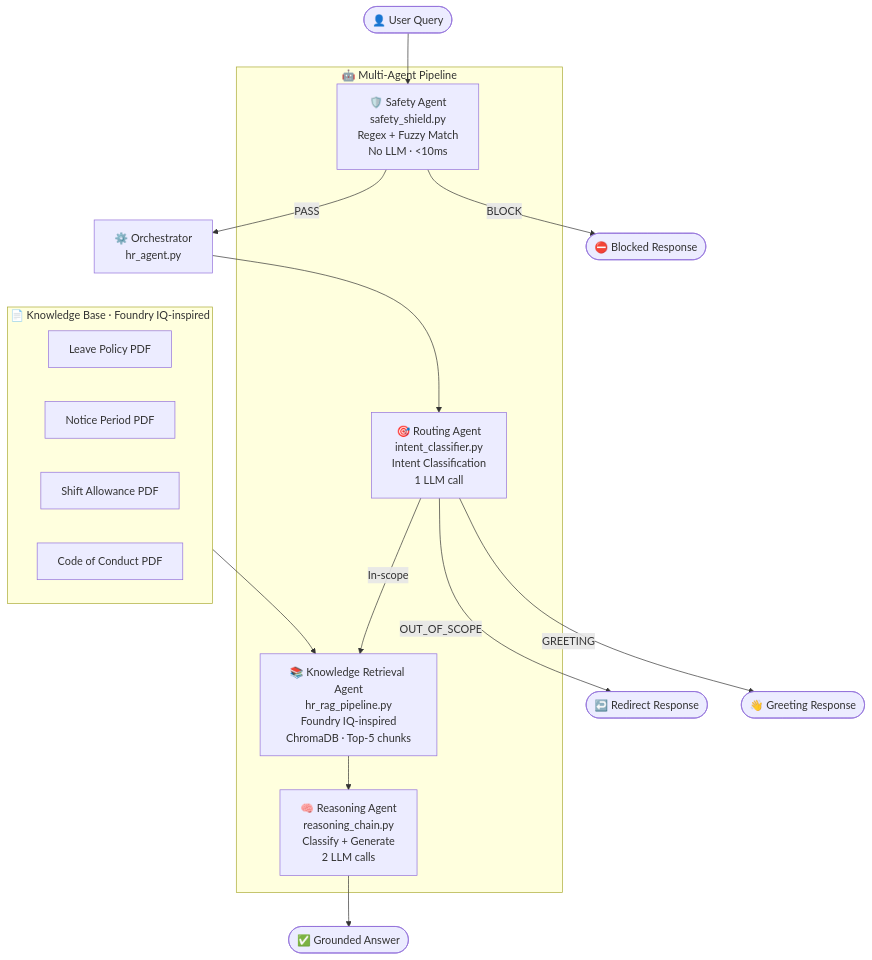
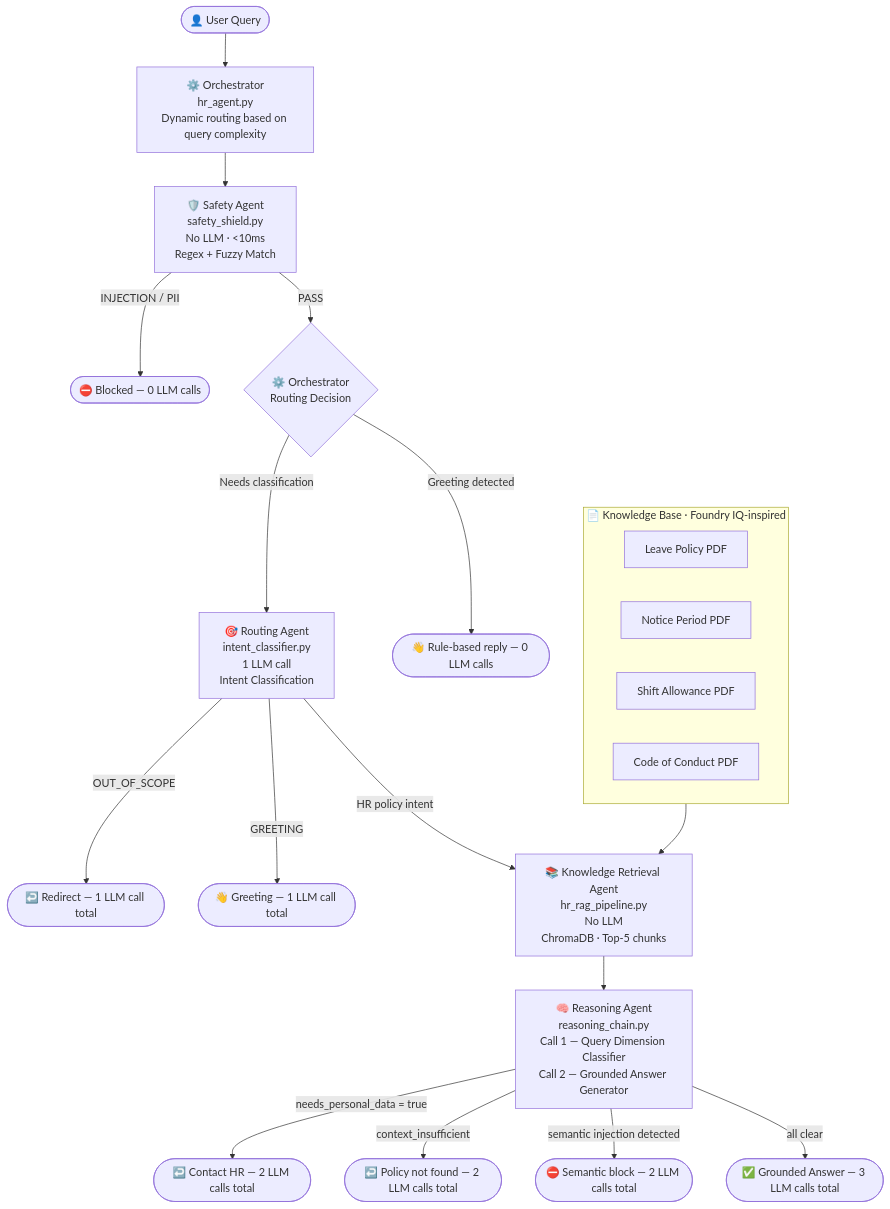
The diagram in README.md (swasti16/hr-agent-hackathon), drawn with Mermaid before and after one commit. The commit also changed other lines of this file and 6 other files, not shown here.

````diff
--- a/README.md
+++ b/README.md
@@ -20,31 +20,42 @@
 ```mermaid
 flowchart TD
-    U([👤 User Query]) --> SA
+    U([👤 User Query]) --> ORC
 
-    subgraph Agents["🤖 Multi-Agent Pipeline"]
-        SA["🛡️ Safety Agent\nsafety_shield.py\nRegex + Fuzzy Match\nNo LLM · <10ms"]
-        RA["🎯 Routing Agent\nintent_classifier.py\nIntent Classification\n1 LLM call"]
-        KA["📚 Knowledge Retrieval Agent\nhr_rag_pipeline.py\nFoundry IQ-inspired\nChromaDB · Top-5 chunks"]
-        RCA["🧠 Reasoning Agent\nreasoning_chain.py\nClassify + Generate\n2 LLM calls"]
-    end
+    ORC["⚙️ Orchestrator\nhr_agent.py\nDynamic routing based on query complexity"]
 
-    ORC["⚙️ Orchestrator\nhr_agent.py"]
+    ORC --> SA
+    SA["🛡️ Safety Agent\nsafety_shield.py\nNo LLM · <10ms\nRegex + Fuzzy Match"]
 
-    SA -->|PASS| ORC
-    SA -->|BLOCK| BLK([⛔ Blocked Response])
-    ORC --> RA
-    RA -->|OUT_OF_SCOPE| OOS([↩️ Redirect Response])
-    RA -->|GREETING| GRT([👋 Greeting Response])
-    RA -->|In-scope| KA
+    SA -->|INJECTION / PII| BLK([⛔ Blocked — 0 LLM calls])
+    SA -->|PASS| ORC2
+
+    ORC2{"⚙️ Orchestrator\nRouting Decision"}
+    ORC2 -->|Greeting detected| GRT([👋 Rule-based reply — 0 LLM calls])
+    ORC2 -->|Needs classification| RA
+
+    RA["🎯 Routing Agent\nintent_classifier.py\n1 LLM call\nIntent Classification"]
+
+    RA -->|OUT_OF_SCOPE| OOS([↩️ Redirect — 1 LLM call total])
+    RA -->|GREETING| GRT2([👋 Greeting — 1 LLM call total])
+    RA -->|HR policy intent| KA
+
+    KA["📚 Knowledge Retrieval Agent\nhr_rag_pipeline.py\nNo LLM\nChromaDB · Top-5 chunks"]
+
     KA --> RCA
-    RCA --> ANS([✅ Grounded Answer])
+
+    RCA["🧠 Reasoning Agent\nreasoning_chain.py\nCall 1 — Query Dimension Classifier\nCall 2 — Grounded Answer Generator"]
+
+    RCA -->|needs_personal_data = true| HR([↩️ Contact HR — 2 LLM calls total])
+    RCA -->|context_insufficient| NF([↩️ Policy not found — 2 LLM calls total])
+    RCA -->|semantic injection detected| BLK2([⛔ Semantic block — 2 LLM calls total])
+    RCA -->|all clear| ANS([✅ Grounded Answer — 3 LLM calls total])
 
     subgraph KB["📄 Knowledge Base · Foundry IQ-inspired"]
         P1[Leave Policy PDF]
         P2[Notice Period PDF]
         P3[Shift Allowance PDF]
         P4[Code of Conduct PDF]
     end
 
     KB --> KA
 ```
````
